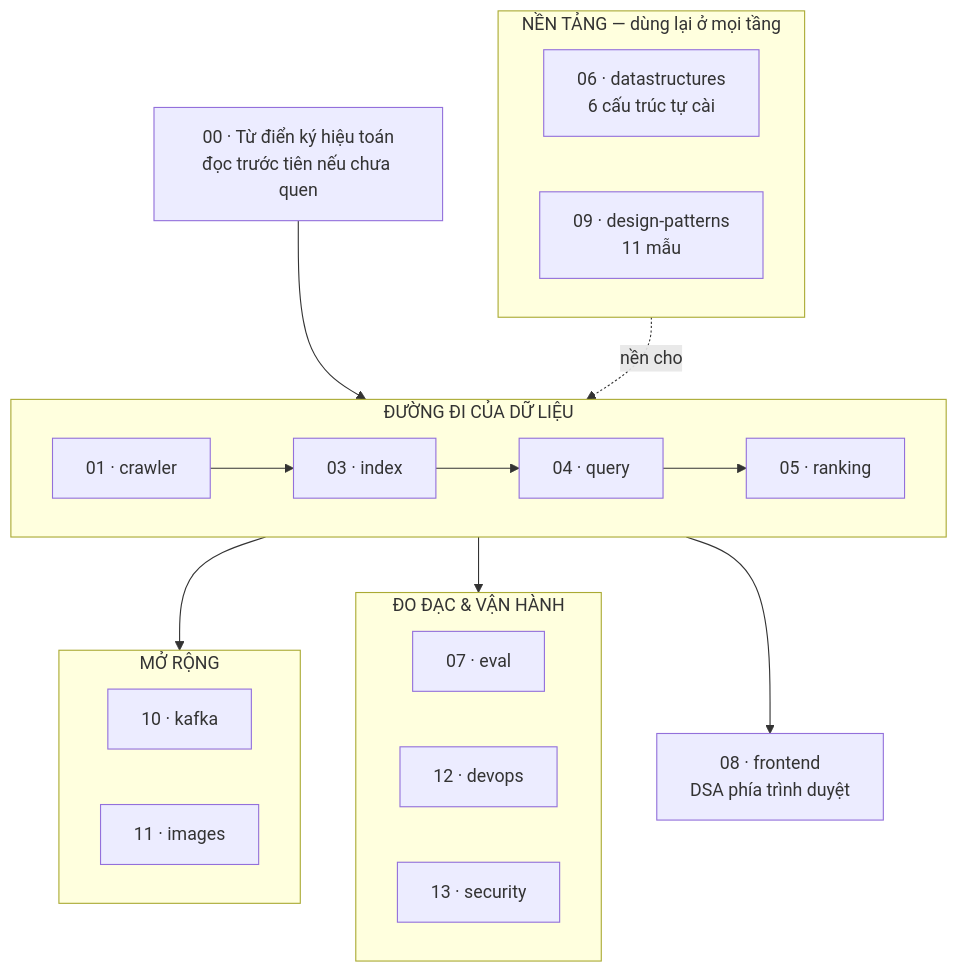
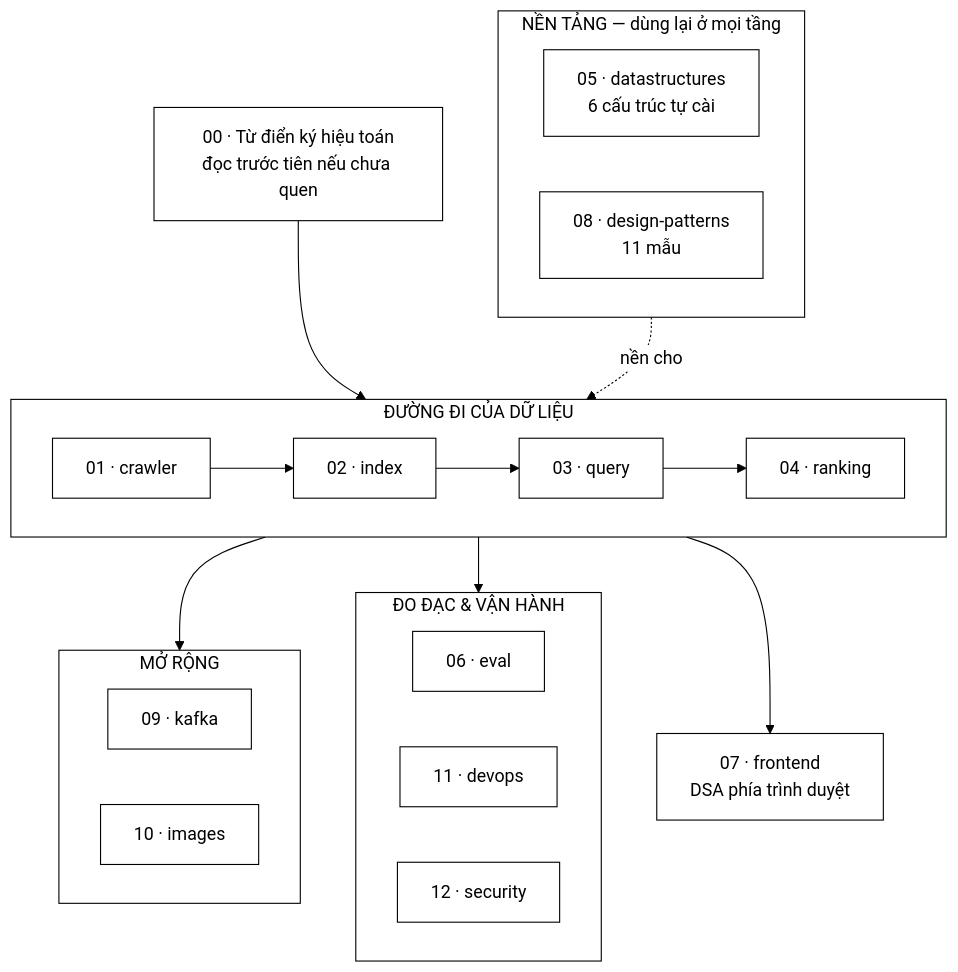
One commit to KietAnhCS/CocCoc-Plus changed the diagram in docs/Math/README.md. Above: the diagram before and after it, drawn with Mermaid. The commit also changed other lines of this file and 120 other files, not shown here.

````diff
--- a/docs/Math/README.md
+++ b/docs/Math/README.md
@@ -17,37 +17,38 @@
 ```mermaid
+%%{init:{'theme':'base','themeVariables':{'background':'#ffffff','primaryColor':'#ffffff','primaryTextColor':'#000000','primaryBorderColor':'#000000','secondaryColor':'#ffffff','secondaryTextColor':'#000000','secondaryBorderColor':'#000000','tertiaryColor':'#ffffff','tertiaryTextColor':'#000000','tertiaryBorderColor':'#000000','lineColor':'#000000','textColor':'#000000','mainBkg':'#ffffff','nodeBorder':'#000000','clusterBkg':'#ffffff','clusterBorder':'#000000','edgeLabelBackground':'#ffffff','actorBkg':'#ffffff','actorBorder':'#000000','actorTextColor':'#000000','actorLineColor':'#000000','signalColor':'#000000','signalTextColor':'#000000','labelBoxBkgColor':'#ffffff','labelBoxBorderColor':'#000000','labelTextColor':'#000000','loopTextColor':'#000000','noteBkgColor':'#ffffff','noteBorderColor':'#000000','noteTextColor':'#000000','sequenceNumberColor':'#ffffff','fontFamily':'ui-monospace, SFMono-Regular, Consolas, monospace'}}}%%
 flowchart TD
     KH["00 · Từ điển ký hiệu toán<br/>đọc trước tiên nếu chưa quen"]
 
     subgraph DUONG["ĐƯỜNG ĐI CỦA DỮ LIỆU"]
         direction LR
         C["01 · crawler"]
-        I["03 · index"]
-        Q["04 · query"]
-        R["05 · ranking"]
+        I["02 · index"]
+        Q["03 · query"]
+        R["04 · ranking"]
         C --> I --> Q --> R
     end
 
     subgraph NEN["NỀN TẢNG — dùng lại ở mọi tầng"]
-        DS["06 · datastructures<br/>6 cấu trúc tự cài"]
-        DP["09 · design-patterns<br/>11 mẫu"]
+        DS["05 · datastructures<br/>6 cấu trúc tự cài"]
+        DP["08 · design-patterns<br/>11 mẫu"]
     end
 
     subgraph MO["MỞ RỘNG"]
-        K["10 · kafka"]
-        IM["11 · images"]
+        K["09 · kafka"]
+        IM["10 · images"]
     end
 
     subgraph VH["ĐO ĐẠC & VẬN HÀNH"]
-        E["07 · eval"]
-        DO["12 · devops"]
-        SE["13 · security"]
+        E["06 · eval"]
+        DO["11 · devops"]
+        SE["12 · security"]
     end
 
-    F["08 · frontend<br/>DSA phía trình duyệt"]
+    F["07 · frontend<br/>DSA phía trình duyệt"]
 
     KH --> DUONG
     NEN -.->|"nền cho"| DUONG
     DUONG --> MO
     DUONG --> VH
     DUONG --> F
 ```
````
